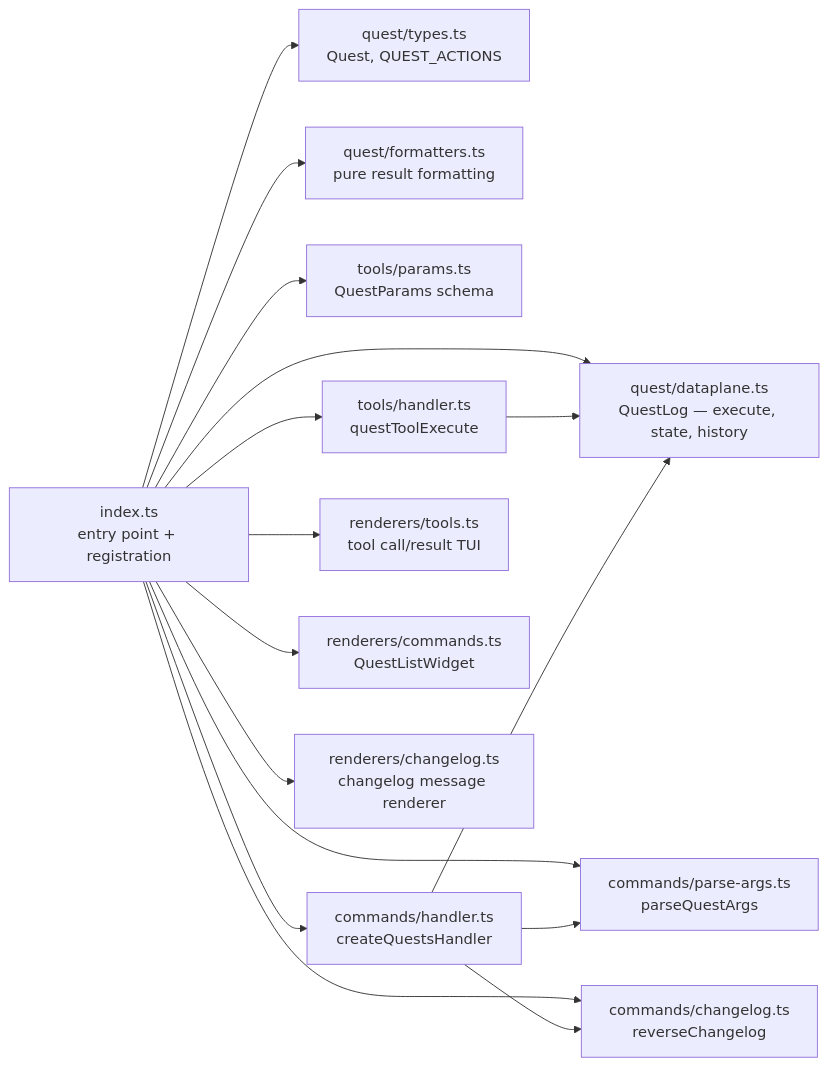
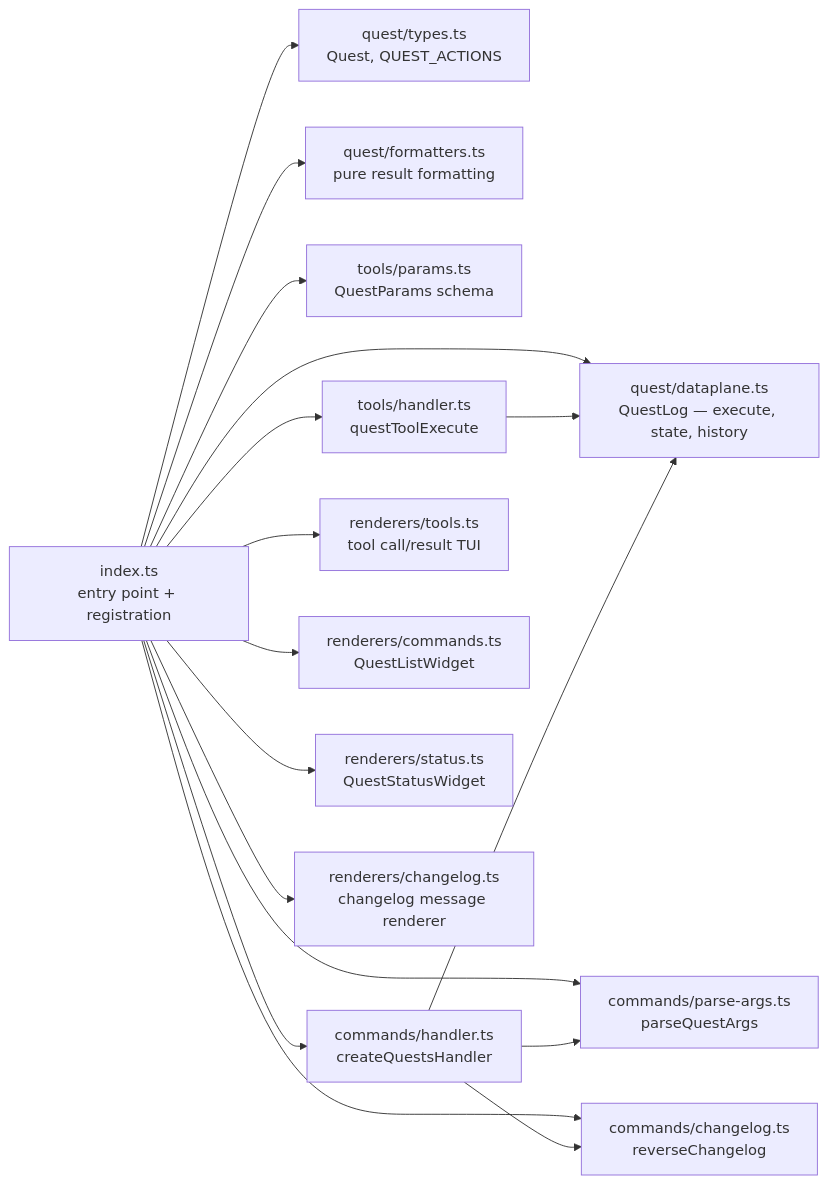
One commit to kalindudc/pi-quests changed the first of 4 diagrams in docs/architecture.md. Above: the diagram before and after it, drawn with Mermaid. The commit also changed other lines of this file and 12 other files, not shown here.

````diff
--- a/docs/architecture.md
+++ b/docs/architecture.md
@@ -13,24 +13,25 @@
 ```mermaid
 graph LR
     index[index.ts<br/>entry point + registration]
 
     index --> dataplane[quest/dataplane.ts<br/>QuestLog — execute, state, history]
     index --> quest_types[quest/types.ts<br/>Quest, QUEST_ACTIONS]
     index --> quest_fmt[quest/formatters.ts<br/>pure result formatting]
 
     index --> tool_params[tools/params.ts<br/>QuestParams schema]
     index --> tool_handler[tools/handler.ts<br/>questToolExecute]
 
     index --> cmd_parse[commands/parse-args.ts<br/>parseQuestArgs]
     index --> cmd_changelog[commands/changelog.ts<br/>reverseChangelog]
     index --> cmd_handler[commands/handler.ts<br/>createQuestsHandler]
 
     index --> render_tools[renderers/tools.ts<br/>tool call/result TUI]
     index --> render_cmds[renderers/commands.ts<br/>QuestListWidget]
+    index --> render_status[renderers/status.ts<br/>QuestStatusWidget]
     index --> render_changelog[renderers/changelog.ts<br/>changelog message renderer]
 
     tool_handler --> dataplane
     cmd_handler --> dataplane
     cmd_handler --> cmd_parse
     cmd_handler --> cmd_changelog
 ```
````
